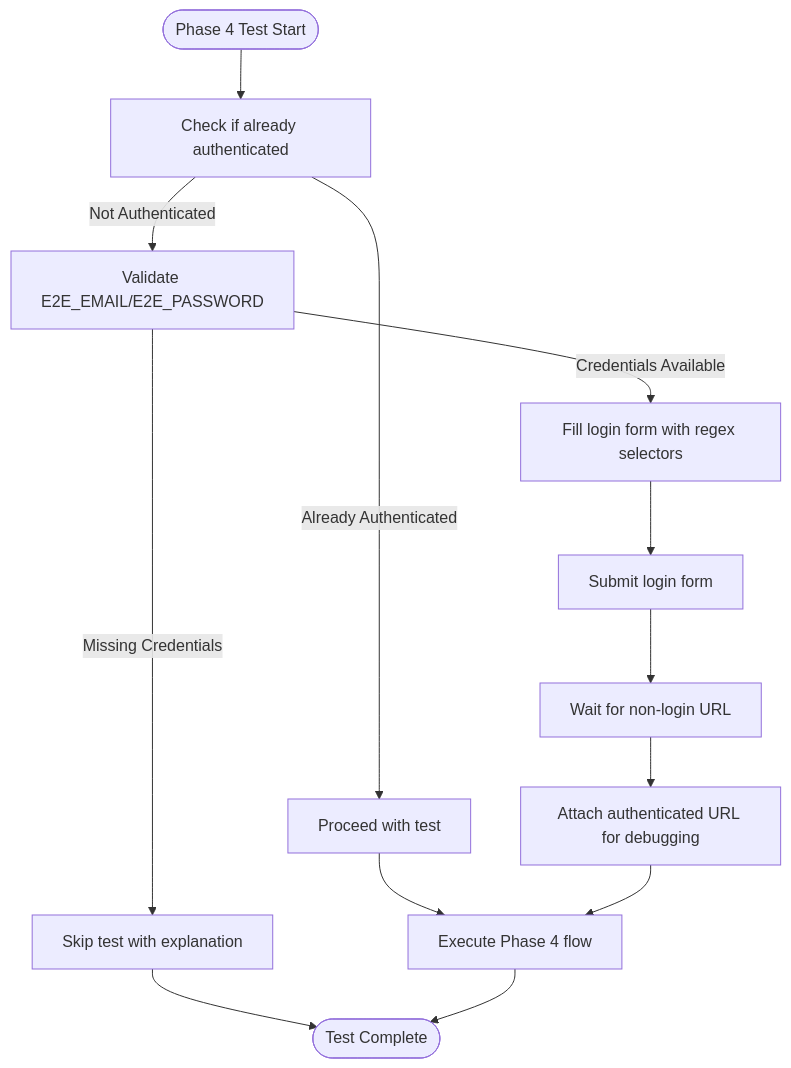
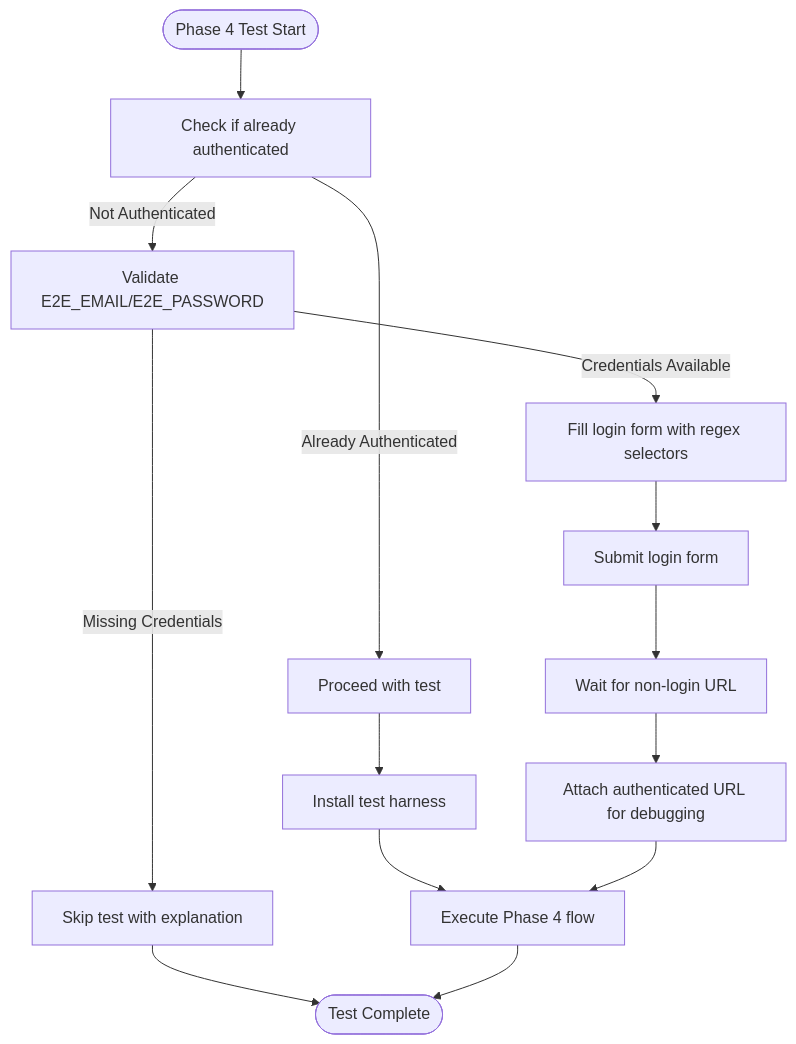
Before and after one commit to rohitkumarnaidu/-Auto-AI-Automated-Academic-Docx-Manuscript-Formatter: the eighth of 12 diagrams in .qoder/repowiki/en/content/Testing Strategy/Frontend Testing/Playwright End-to-End Testing.md, drawn with Mermaid. The commit also changed other lines of this file and 160 other files, not shown here.

````diff
--- a/.qoder/repowiki/en/content/Testing Strategy/Frontend Testing/Playwright End-to-End Testing.md
+++ b/.qoder/repowiki/en/content/Testing Strategy/Frontend Testing/Playwright End-to-End Testing.md
@@ -334,15 +348,16 @@
 ```mermaid
 flowchart TD
 Start(["Phase 4 Test Start"]) --> CheckAuth["Check if already authenticated"]
 CheckAuth --> |Already Authenticated| Proceed["Proceed with test"]
 CheckAuth --> |Not Authenticated| ValidateCreds["Validate E2E_EMAIL/E2E_PASSWORD"]
 ValidateCreds --> |Missing Credentials| SkipTest["Skip test with explanation"]
 ValidateCreds --> |Credentials Available| FillForm["Fill login form with regex selectors"]
 FillForm --> SubmitForm["Submit login form"]
 SubmitForm --> WaitRedirect["Wait for non-login URL"]
 WaitRedirect --> AttachURL["Attach authenticated URL for debugging"]
-Proceed --> ExecuteFlow["Execute Phase 4 flow"]
+Proceed --> InstallHarness["Install test harness"]
+InstallHarness --> ExecuteFlow["Execute Phase 4 flow"]
 SkipTest --> End(["Test Skipped"])
 AttachURL --> ExecuteFlow
 ExecuteFlow --> End(["Test Complete"])
 ```
````
